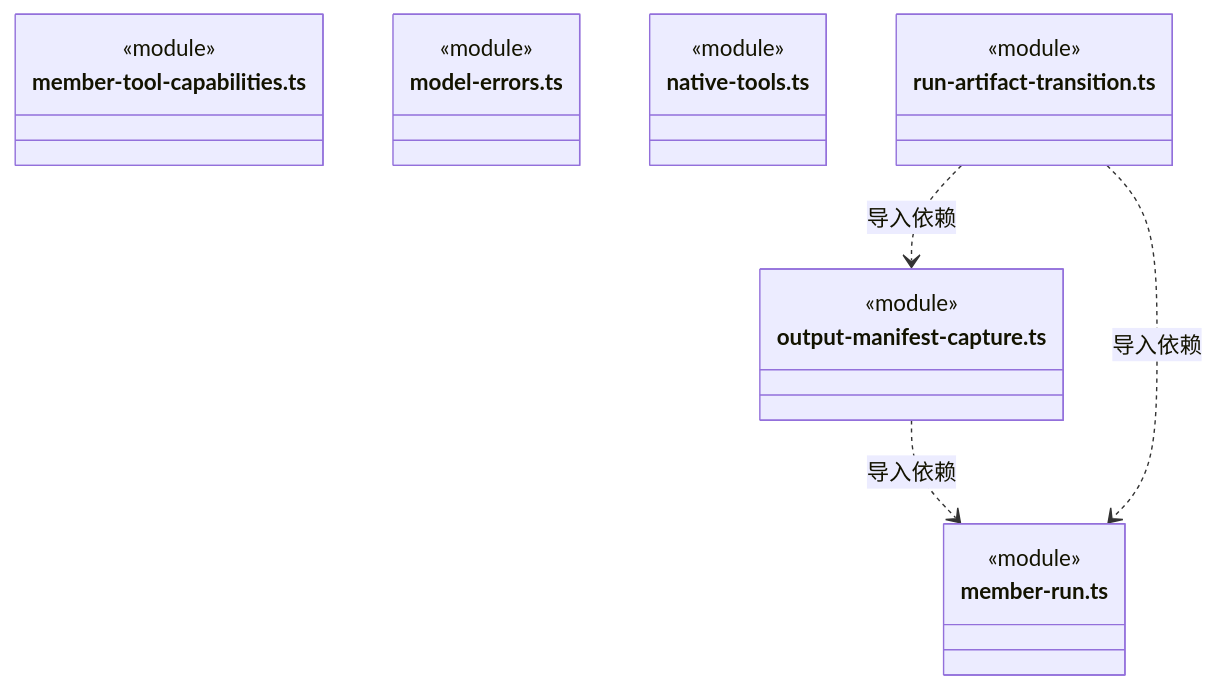
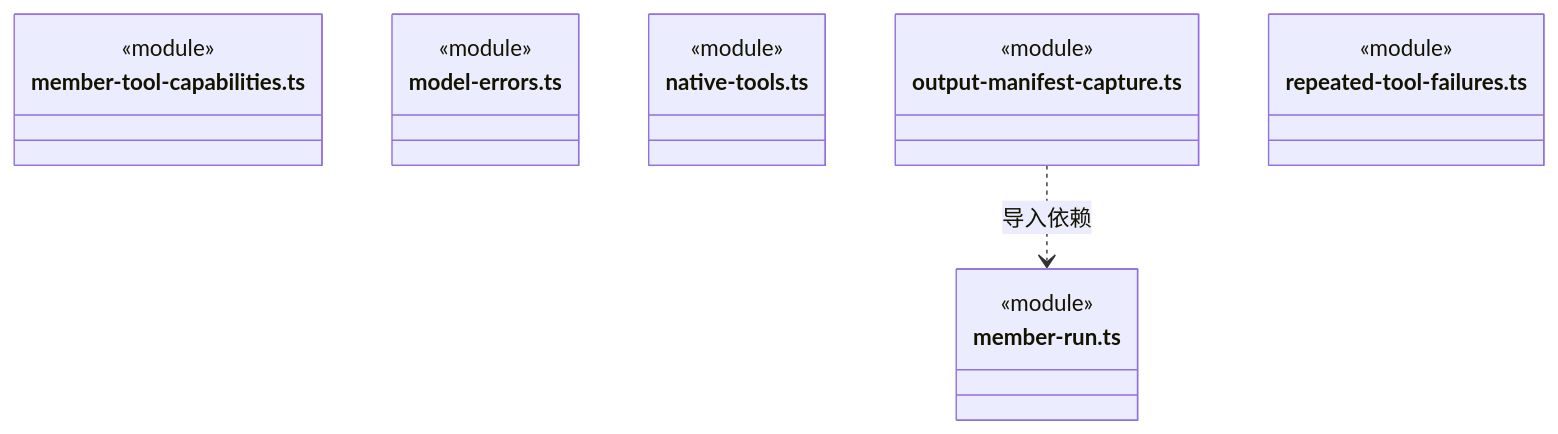
One commit to nan023062/cbim changed the third of 19 diagrams in src/backend/core/brain/ARCHITECTURE.md. Above: the diagram before and after it, drawn with Mermaid. The commit also changed other lines of this file and 44 other files, not shown here.

Commit message:
feat(runtime): unify coordination reads and stop repeated failures (#40)

````diff
--- a/src/backend/core/brain/ARCHITECTURE.md
+++ b/src/backend/core/brain/ARCHITECTURE.md
@@ -87,24 +88,22 @@
 ```mermaid
 classDiagram
 class N_src_backend_core_brain_member_run_ts["member-run.ts"] {
   <<module>>
 }
 class N_src_backend_core_brain_member_tool_capabilities_ts["member-tool-capabilities.ts"] {
   <<module>>
 }
 class N_src_backend_core_brain_model_errors_ts["model-errors.ts"] {
   <<module>>
 }
 class N_src_backend_core_brain_native_tools_ts["native-tools.ts"] {
   <<module>>
 }
 class N_src_backend_core_brain_output_manifest_capture_ts["output-manifest-capture.ts"] {
   <<module>>
 }
-class N_src_backend_core_brain_run_artifact_transition_ts["run-artifact-transition.ts"] {
+class N_src_backend_core_brain_repeated_tool_failures_ts["repeated-tool-failures.ts"] {
   <<module>>
 }
 N_src_backend_core_brain_output_manifest_capture_ts ..> N_src_backend_core_brain_member_run_ts : 导入依赖
-N_src_backend_core_brain_run_artifact_transition_ts ..> N_src_backend_core_brain_output_manifest_capture_ts : 导入依赖
-N_src_backend_core_brain_run_artifact_transition_ts ..> N_src_backend_core_brain_member_run_ts : 导入依赖
 ```
````
